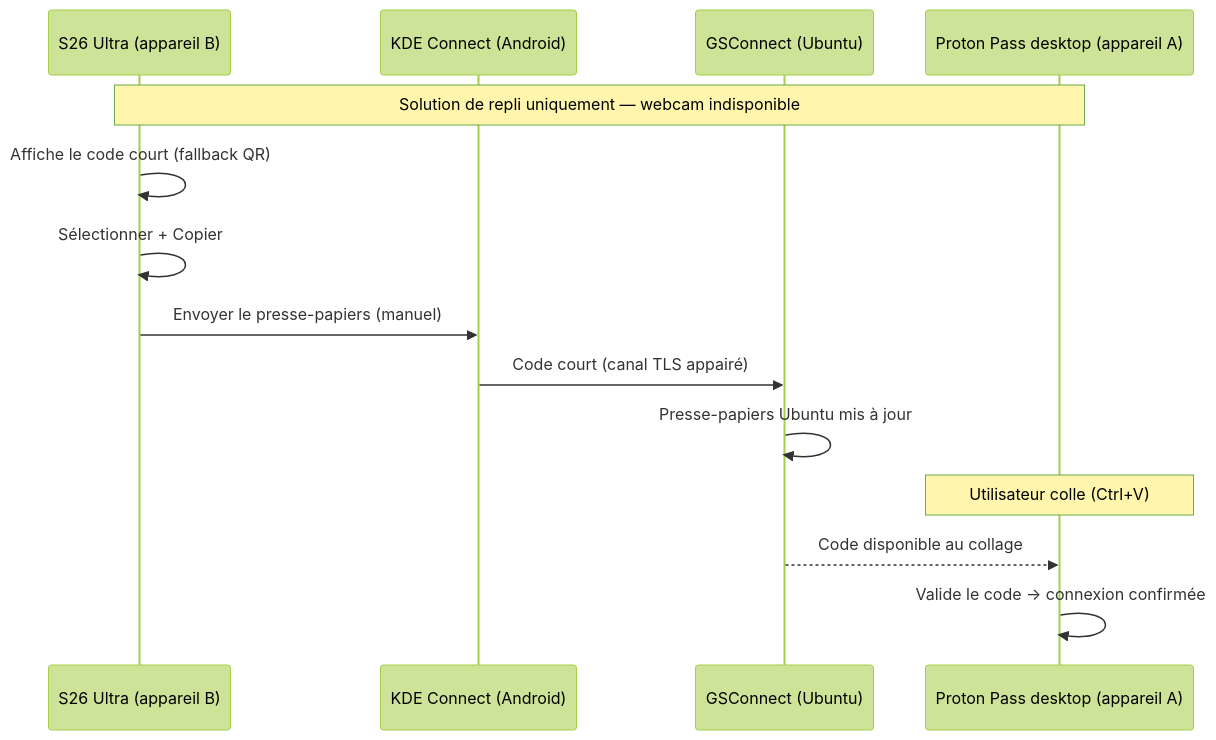
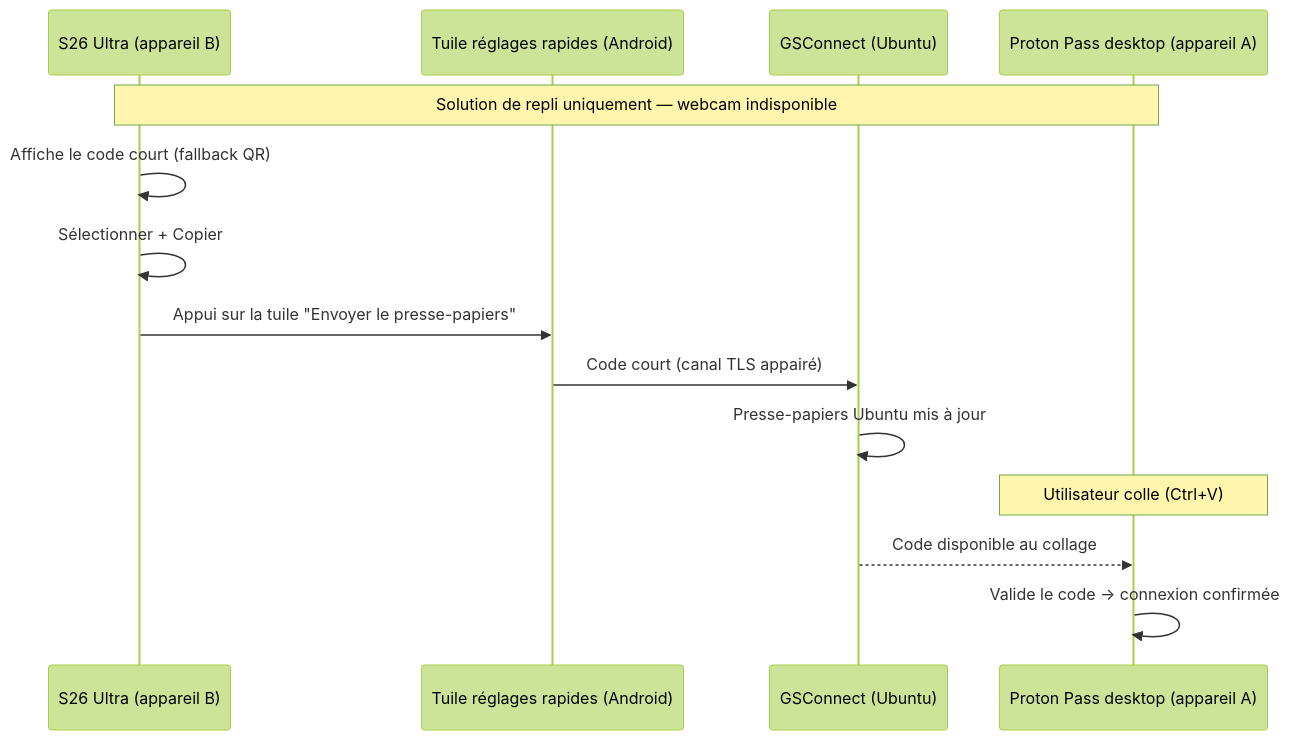
Before and after one commit to namnetes/alm_notes: the second of 5 diagrams in docs/securite/proton/configuration-android.md, drawn with Mermaid (forest theme). The commit also changed other lines of this file, not shown here.

````diff
--- a/docs/securite/proton/configuration-android.md
+++ b/docs/securite/proton/configuration-android.md
@@ -143,17 +182,17 @@
 ```mermaid
 sequenceDiagram
     participant Tel as S26 Ultra (appareil B)
-    participant KDEC as KDE Connect (Android)
+    participant QS as Tuile réglages rapides (Android)
     participant GSC as GSConnect (Ubuntu)
     participant Pass as Proton Pass desktop (appareil A)
 
     Note over Tel,Pass: Solution de repli uniquement — webcam indisponible
     Tel->>Tel: Affiche le code court (fallback QR)
     Tel->>Tel: Sélectionner + Copier
-    Tel->>KDEC: Envoyer le presse-papiers (manuel)
-    KDEC->>GSC: Code court (canal TLS appairé)
+    Tel->>QS: Appui sur la tuile "Envoyer le presse-papiers"
+    QS->>GSC: Code court (canal TLS appairé)
     GSC->>GSC: Presse-papiers Ubuntu mis à jour
     Note over Pass: Utilisateur colle (Ctrl+V)
     GSC-->>Pass: Code disponible au collage
     Pass->>Pass: Valide le code → connexion confirmée
 ```
````
